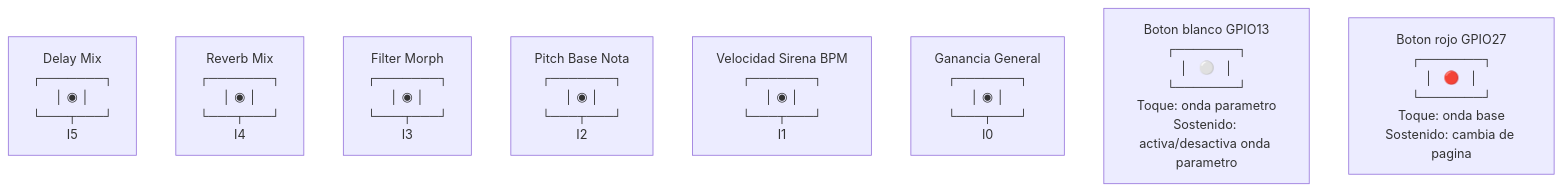
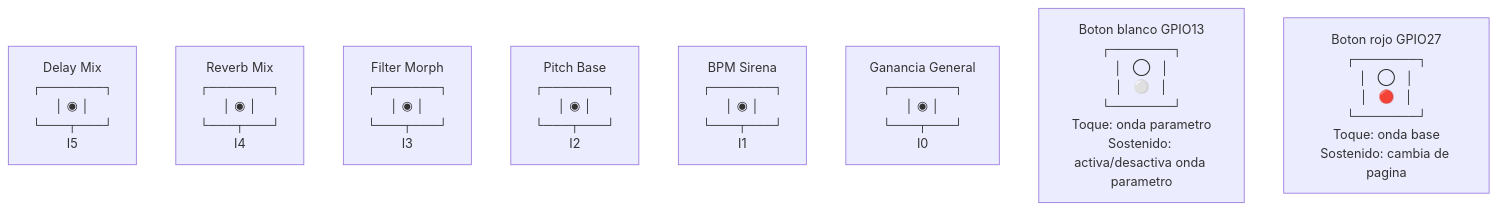
Before and after one commit to pablex99/Synth: the second of 2 diagrams in README.md, drawn with Mermaid. The commit also changed other lines of this file, not shown here.

Commit message:
Tighten architecture routing and button concentric visuals (#14)

````diff
--- a/README.md
+++ b/README.md
@@ -41,12 +44,12 @@
 ```mermaid
 flowchart LR
-  P5["Delay Mix<br/>┌───────┐<br/>│   ◉   │<br/>└───┬───┘<br/>I5"] --- P4["Reverb Mix<br/>┌───────┐<br/>│   ◉   │<br/>└───┬───┘<br/>I4"] --- P3["Filter Morph<br/>┌───────┐<br/>│   ◉   │<br/>└───┬───┘<br/>I3"] --- P2["Pitch Base Nota<br/>┌───────┐<br/>│   ◉   │<br/>└───┬───┘<br/>I2"] --- P1["Velocidad Sirena BPM<br/>┌───────┐<br/>│   ◉   │<br/>└───┬───┘<br/>I1"] --- P0["Ganancia General<br/>┌───────┐<br/>│   ◉   │<br/>└───┬───┘<br/>I0"] --- BW["Boton blanco GPIO13<br/>┌───────┐<br/>│   ⚪   │<br/>└───────┘<br/>Toque: onda parametro<br/>Sostenido: activa/desactiva onda parametro"] --- BR["Boton rojo GPIO27<br/>┌───────┐<br/>│   🔴   │<br/>└───────┘<br/>Toque: onda base<br/>Sostenido: cambia de pagina"]
+  P5["Delay Mix<br/>┌───────┐<br/>│   ◉   │<br/>└───┬───┘<br/>I5"] --- P4["Reverb Mix<br/>┌───────┐<br/>│   ◉   │<br/>└───┬───┘<br/>I4"] --- P3["Filter Morph<br/>┌───────┐<br/>│   ◉   │<br/>└───┬───┘<br/>I3"] --- P2["Pitch Base<br/>┌───────┐<br/>│   ◉   │<br/>└───┬───┘<br/>I2"] --- P1["BPM Sirena<br/>┌───────┐<br/>│   ◉   │<br/>└───┬───┘<br/>I1"] --- P0["Ganancia General<br/>┌───────┐<br/>│   ◉   │<br/>└───┬───┘<br/>I0"] --- BW["Boton blanco GPIO13<br/>┌───────┐<br/>│   ◯   │<br/>│   ⚪   │<br/>└───────┘<br/>Toque: onda parametro<br/>Sostenido: activa/desactiva onda parametro"] --- BR["Boton rojo GPIO27<br/>┌───────┐<br/>│   ◯   │<br/>│   🔴   │<br/>└───────┘<br/>Toque: onda base<br/>Sostenido: cambia de pagina"]
 
   linkStyle 0 stroke:transparent,stroke-width:0px
   linkStyle 1 stroke:transparent,stroke-width:0px
   linkStyle 2 stroke:transparent,stroke-width:0px
   linkStyle 3 stroke:transparent,stroke-width:0px
   linkStyle 4 stroke:transparent,stroke-width:0px
   linkStyle 5 stroke:transparent,stroke-width:0px
   linkStyle 6 stroke:transparent,stroke-width:0px
 ```
````
